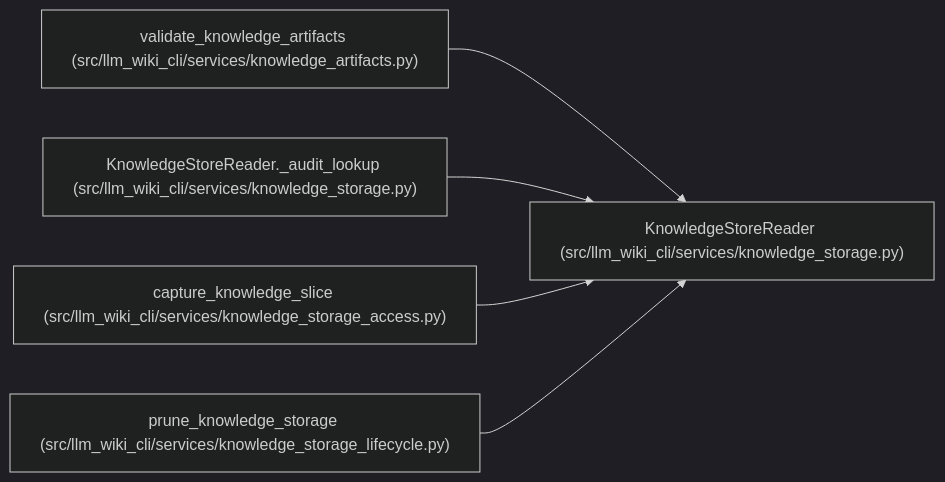
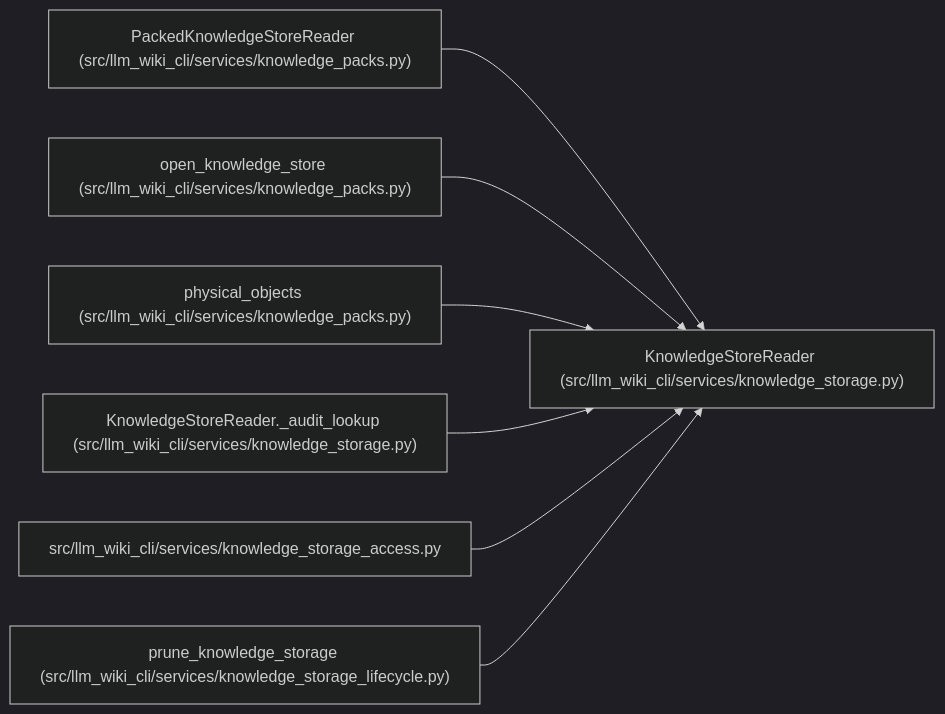
One commit to Denissvgn/python-wiki-llm changed the diagram in docs/llm_wiki/entities/KnowledgeStoreReader.md. Above: the diagram before and after it, drawn with Mermaid (dark theme). The commit also changed other lines of this file and 6105 other files, not shown here.

Commit message:
Adopt compressed knowledge packs in the reference wiki

````diff
--- a/docs/llm_wiki/entities/KnowledgeStoreReader.md
+++ b/docs/llm_wiki/entities/KnowledgeStoreReader.md
@@ -38,17 +38,23 @@
 ```mermaid
 flowchart LR
     n0["KnowledgeStoreReader (src/llm_wiki_cli/services/knowledge_storage.py)"]
-    n1["validate_knowledge_artifacts (src/llm_wiki_cli/services/knowledge_artifacts.py)"]
-    n2["KnowledgeStoreReader._audit_lookup (src/llm_wiki_cli/services/knowledge_storage.py)"]
-    n3["capture_knowledge_slice (src/llm_wiki_cli/services/knowledge_storage_access.py)"]
-    n4["prune_knowledge_storage (src/llm_wiki_cli/services/knowledge_storage_lifecycle.py)"]
+    n1["PackedKnowledgeStoreReader (src/llm_wiki_cli/services/knowledge_packs.py)"]
+    n2["open_knowledge_store (src/llm_wiki_cli/services/knowledge_packs.py)"]
+    n3["physical_objects (src/llm_wiki_cli/services/knowledge_packs.py)"]
+    n4["KnowledgeStoreReader._audit_lookup (src/llm_wiki_cli/services/knowledge_storage.py)"]
+    n5["src/llm_wiki_cli/services/knowledge_storage_access.py"]
+    n6["prune_knowledge_storage (src/llm_wiki_cli/services/knowledge_storage_lifecycle.py)"]
     n1 --> n0
     n2 --> n0
     n3 --> n0
     n4 --> n0
+    n5 --> n0
+    n6 --> n0
     click n0 "../modules/knowledge_storage.md"
-    click n1 "../modules/knowledge_artifacts.md"
-    click n2 "../modules/knowledge_storage.md"
-    click n3 "../modules/knowledge_storage_access.md"
-    click n4 "../modules/knowledge_storage_lifecycle.md"
+    click n1 "../modules/knowledge_packs.md"
+    click n2 "../modules/knowledge_packs.md"
+    click n3 "../modules/knowledge_packs.md"
+    click n4 "../modules/knowledge_storage.md"
+    click n5 "../modules/knowledge_storage_access.md"
+    click n6 "../modules/knowledge_storage_lifecycle.md"
 ```
````
